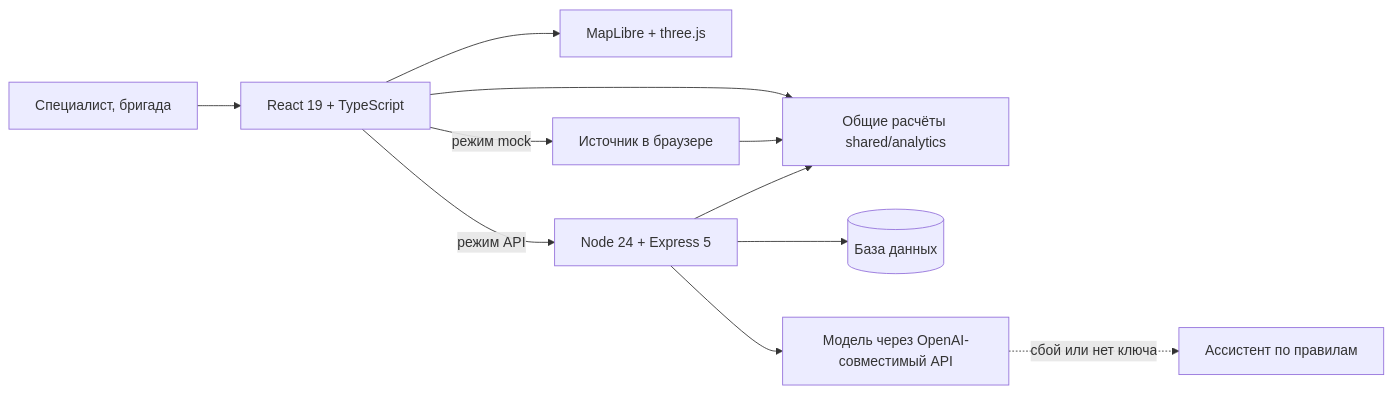
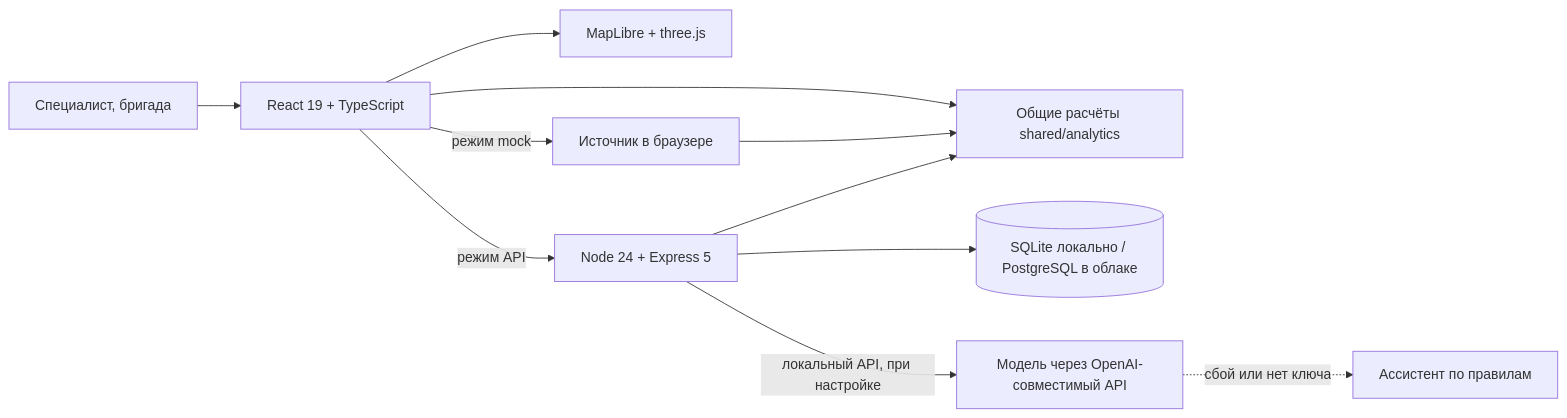
The diagram in README.md (foxfordkz-cyber/qadamxpavlodar), drawn with Mermaid before and after one commit. The commit also changed other lines of this file and 7 other files, not shown here.

````diff
--- a/README.md
+++ b/README.md
@@ -138,13 +215,13 @@
 ```mermaid
 flowchart LR
   U[Специалист, бригада] --> W[React 19 + TypeScript]
   W --> M[MapLibre + three.js]
   W --> A[Общие расчёты shared/analytics]
   W -->|режим mock| B[Источник в браузере]
   W -->|режим API| S[Node 24 + Express 5]
   B --> A
   S --> A
-  S --> D[(База данных)]
-  S --> L[Модель через OpenAI-совместимый API]
+  S --> D[(SQLite локально / PostgreSQL в облаке)]
+  S -->|локальный API, при настройке| L[Модель через OpenAI-совместимый API]
   L -. сбой или нет ключа .-> R[Ассистент по правилам]
 ```
````
